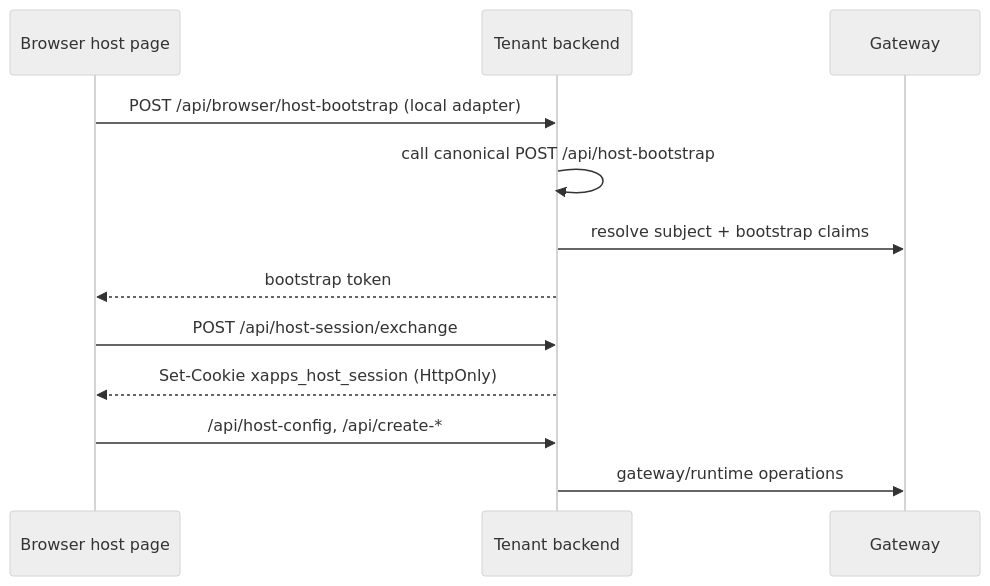
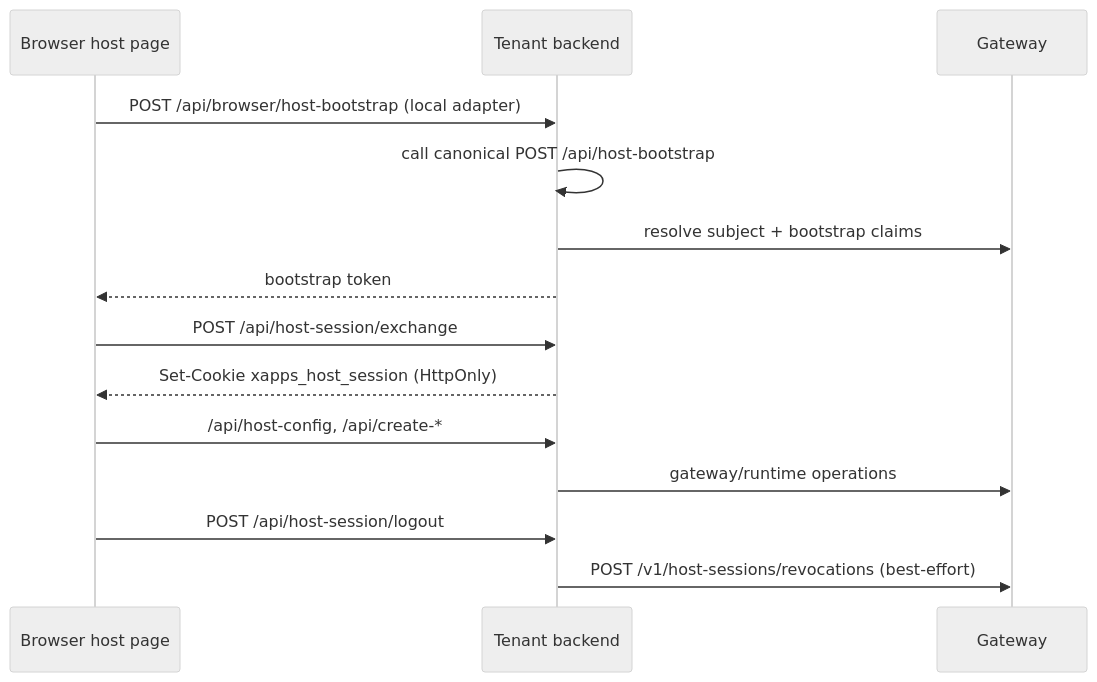
The diagram in apps/tenants/docs/host/README.md (0x730/xapps-examples), drawn with Mermaid (neutral theme) before and after one commit. The commit also changed other lines of this file and 37 other files, not shown here.

````diff
--- a/apps/tenants/docs/host/README.md
+++ b/apps/tenants/docs/host/README.md
@@ -71,15 +71,17 @@
 ```mermaid
 sequenceDiagram
   participant B as Browser host page
   participant T as Tenant backend
   participant G as Gateway
 
   B->>T: POST /api/browser/host-bootstrap (local adapter)
   T->>T: call canonical POST /api/host-bootstrap
   T->>G: resolve subject + bootstrap claims
   T-->>B: bootstrap token
   B->>T: POST /api/host-session/exchange
   T-->>B: Set-Cookie xapps_host_session (HttpOnly)
   B->>T: /api/host-config, /api/create-*
   T->>G: gateway/runtime operations
+  B->>T: POST /api/host-session/logout
+  T->>G: POST /v1/host-sessions/revocations (best-effort)
 ```
````
